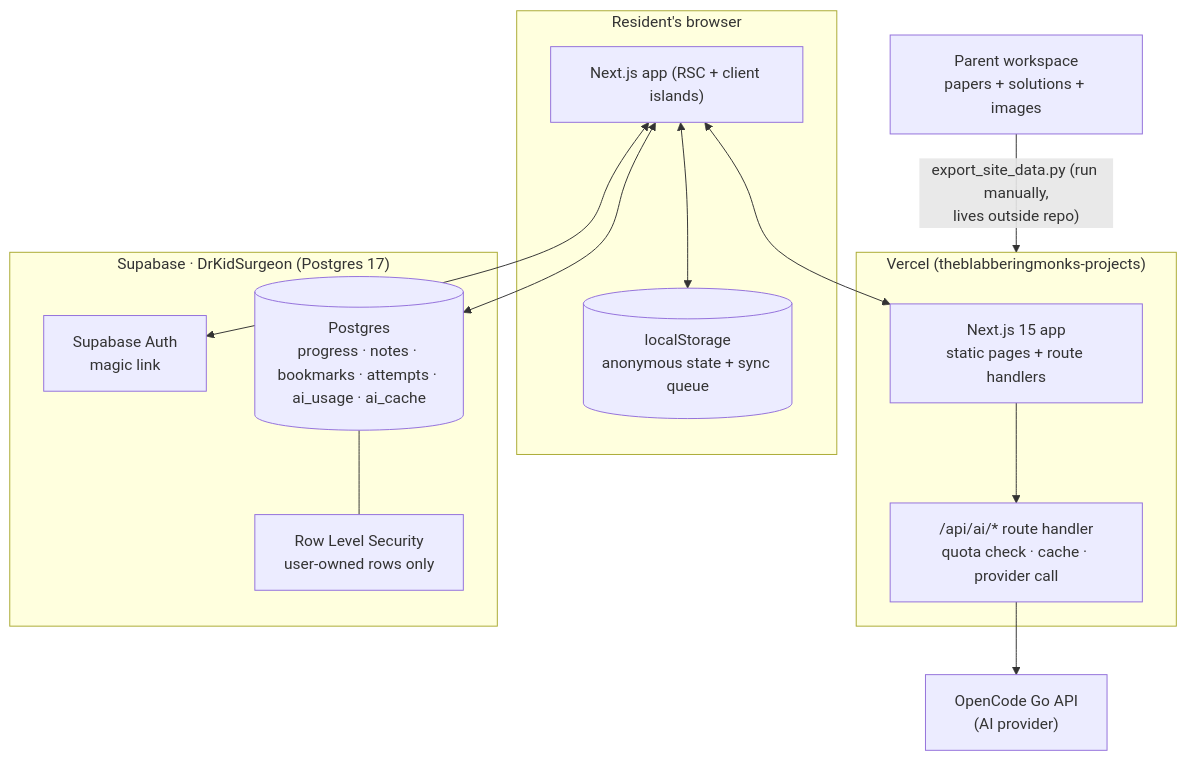
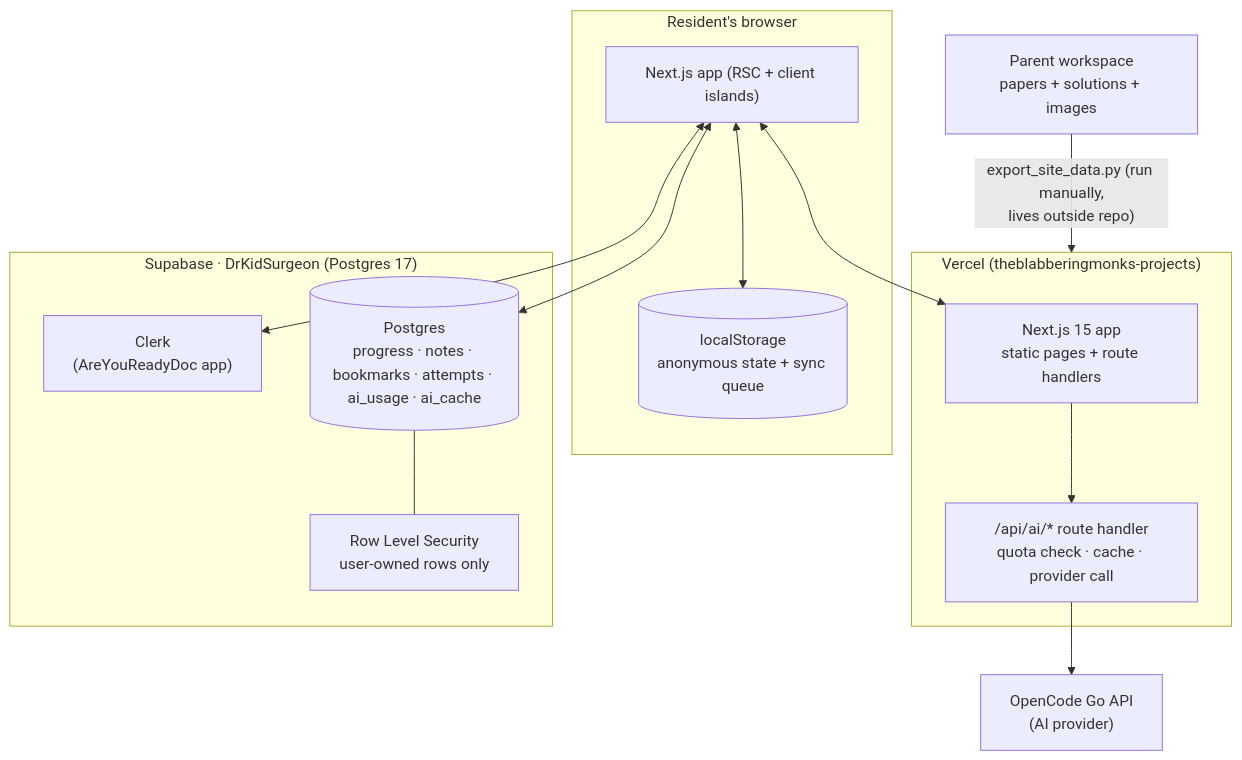
Before and after one commit to theblabberingmonk/AreYouReadyDoc: the diagram in docs/03-architecture.md, drawn with Mermaid. The commit also changed other lines of this file and 4 other files, not shown here.

First line of the commit message:
Docs: ADR-0004 Clerk auth, supersede Supabase magic link

````diff
--- a/docs/03-architecture.md
+++ b/docs/03-architecture.md
@@ -5,30 +5,30 @@
 ```mermaid
 graph TD
     subgraph Client["Resident's browser"]
         UI["Next.js app (RSC + client islands)"]
         LS[("localStorage\nanonymous state + sync queue")]
         UI <--> LS
     end
 
     subgraph Vercel["Vercel (theblabberingmonks-projects)"]
         WEB["Next.js 15 app\nstatic pages + route handlers"]
         AIAPI["/api/ai/* route handler\nquota check · cache · provider call"]
         WEB --> AIAPI
     end
 
     subgraph Supabase["Supabase · DrKidSurgeon (Postgres 17)"]
-        AUTH["Supabase Auth\nmagic link"]
+        AUTH["Clerk\n(AreYouReadyDoc app)"]
         DB[("Postgres\nprogress · notes · bookmarks · attempts · ai_usage · ai_cache")]
         RLS["Row Level Security\nuser-owned rows only"]
         DB --- RLS
     end
 
     GO["OpenCode Go API\n(AI provider)"]
     WS["Parent workspace\npapers + solutions + images"]
 
     UI <--> WEB
     UI <--> AUTH
     UI <--> DB
     AIAPI --> GO
     WS -- "export_site_data.py (run manually,\nlives outside repo)" --> Vercel
 ```
````
